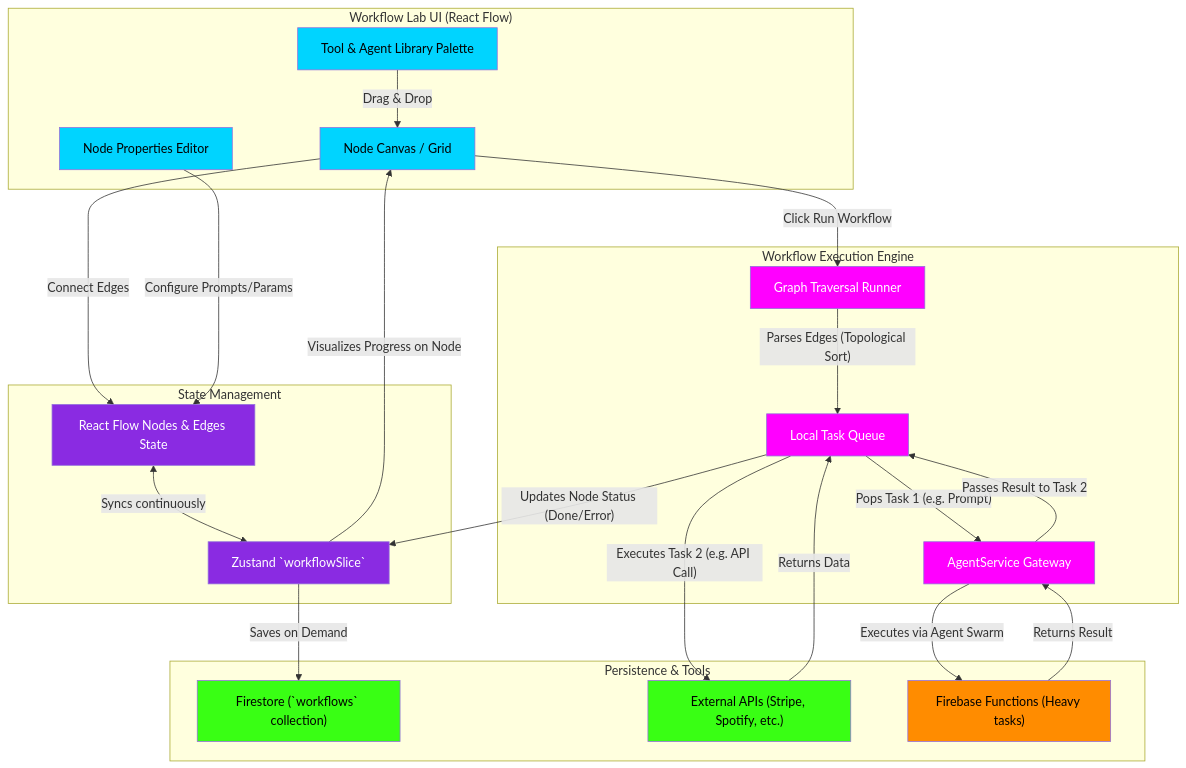
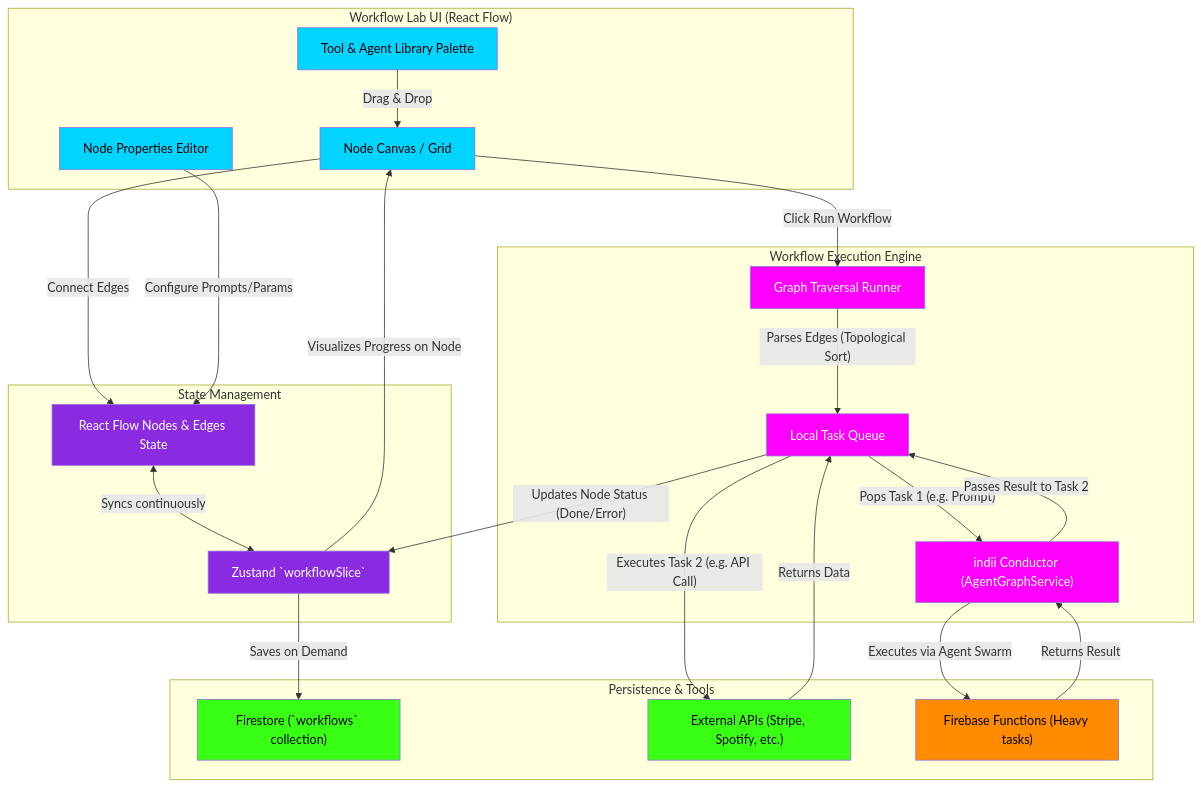
Before and after one commit to indii-music-founder/indii-music-founder: the diagram in docs/flowcharts/workflow-lab-automation.md, drawn with Mermaid. The commit also changed other lines of this file and 3 other files, not shown here.

First line of the commit message:
chore(docs): phase 1 stale ref sweep — update AgentService Gateway → indii Conductor

````diff
--- a/docs/flowcharts/workflow-lab-automation.md
+++ b/docs/flowcharts/workflow-lab-automation.md
@@ -5,68 +5,68 @@
 ```mermaid
 graph TD
     %% UI Components
     subgraph Frontend ["Workflow Lab UI (React Flow)"]
         CanvasUI["Node Canvas / Grid"]
         NodeLibrary["Tool & Agent Library Palette"]
         PropertiesPanel["Node Properties Editor"]
     end
 
     %% State Management
     subgraph State ["State Management"]
         WorkflowSlice["Zustand `workflowSlice`"]
         ReactFlowState["React Flow Nodes & Edges State"]
     end
 
     %% Execution Engine
     subgraph Engine ["Workflow Execution Engine"]
         Runner["Graph Traversal Runner"]
         TaskQueue["Local Task Queue"]
-        AgentGateway["AgentService Gateway"]
+        AgentGateway["indii Conductor (AgentGraphService)"]
     end
 
     %% External & Cloud
     subgraph Backend ["Persistence & Tools"]
         Firestore["Firestore (`workflows` collection)"]
         ExternalAPIs["External APIs (Stripe, Spotify, etc.)"]
         CloudFunc["Firebase Functions (Heavy tasks)"]
     end
 
     %% Transitions - Design Phase
     NodeLibrary -->|"Drag & Drop"| CanvasUI
     CanvasUI -->|"Connect Edges"| ReactFlowState
     PropertiesPanel -->|"Configure Prompts/Params"| ReactFlowState
     ReactFlowState <-->|"Syncs continuously"| WorkflowSlice
     
     WorkflowSlice -->|"Saves on Demand"| Firestore
 
     %% Transitions - Execution Phase
     CanvasUI -->|"Click Run Workflow"| Runner
     Runner -->|"Parses Edges (Topological Sort)"| TaskQueue
     
     TaskQueue -->|"Pops Task 1 (e.g. Prompt)"| AgentGateway
     AgentGateway -->|"Executes via Agent Swarm"| CloudFunc
     CloudFunc -->|"Returns Result"| AgentGateway
     
     AgentGateway -->|"Passes Result to Task 2"| TaskQueue
     TaskQueue -->|"Executes Task 2 (e.g. API Call)"| ExternalAPIs
     ExternalAPIs -->|"Returns Data"| TaskQueue
     
     TaskQueue -->|"Updates Node Status (Done/Error)"| WorkflowSlice
     WorkflowSlice -->|"Visualizes Progress on Node"| CanvasUI
 
     %% Styling
     style CanvasUI fill:#00D4FF,color:#000
     style NodeLibrary fill:#00D4FF,color:#000
     style PropertiesPanel fill:#00D4FF,color:#000
 
     style WorkflowSlice fill:#8A2BE2,color:#FFF
     style ReactFlowState fill:#8A2BE2,color:#FFF
 
     style Runner fill:#FF00FF,color:#FFF
     style TaskQueue fill:#FF00FF,color:#FFF
     style AgentGateway fill:#FF00FF,color:#FFF
 
     style Firestore fill:#39FF14,color:#000
     style ExternalAPIs fill:#39FF14,color:#000
     style CloudFunc fill:#FF8C00,color:#000
 ```
````
